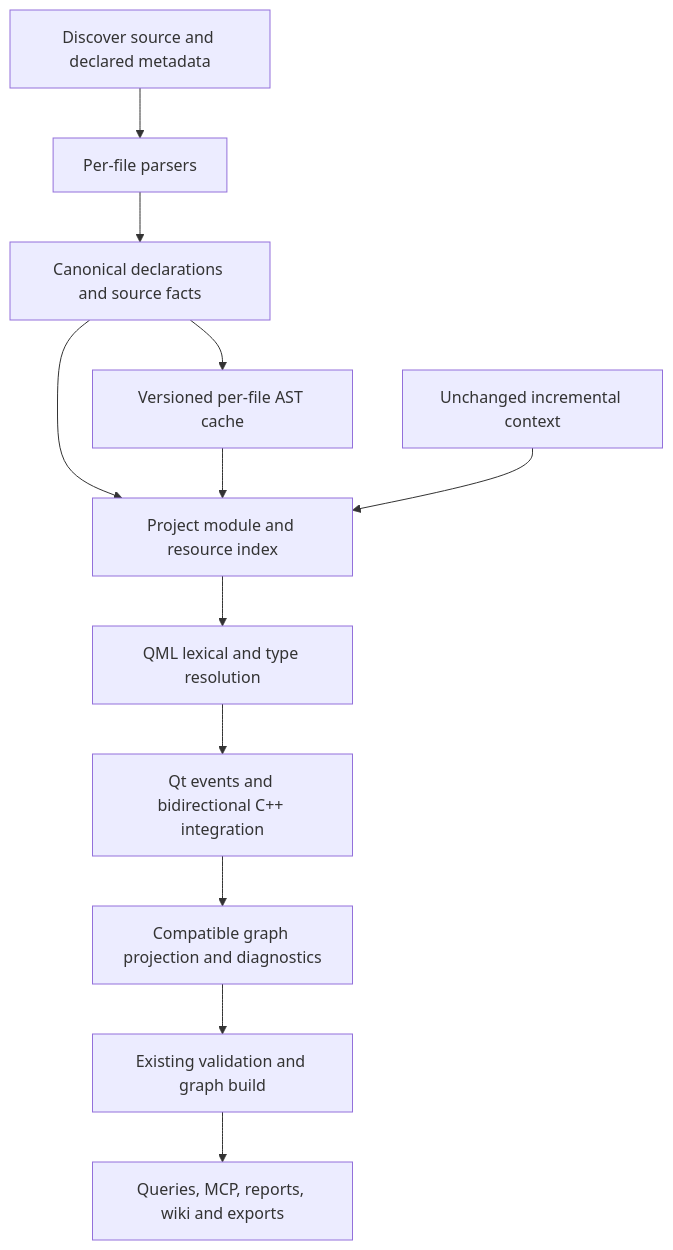
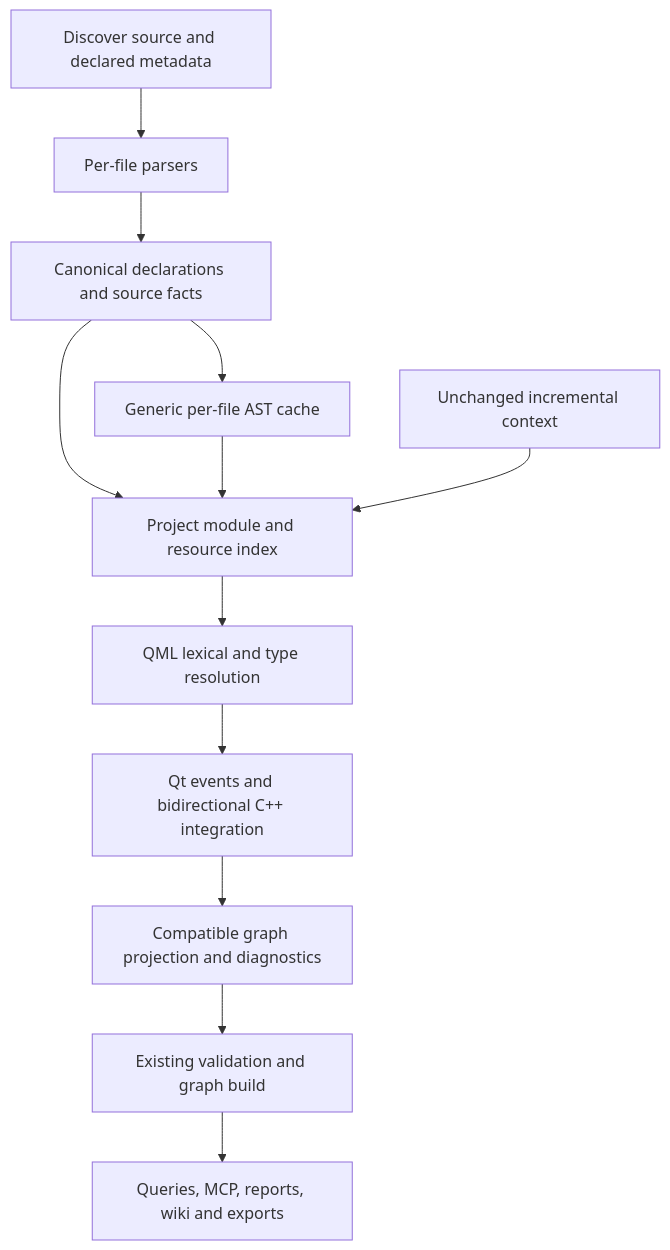
The diagram in docs/qt-qml/ARCHITECTURE.md (Graphify-Labs/graphify), drawn with Mermaid before and after one commit. The commit also changed other lines of this file and 139 other files, not shown here.

First line of the commit message:
feat: preserve Qt/QML facts through graph consumers

````diff
--- a/docs/qt-qml/ARCHITECTURE.md
+++ b/docs/qt-qml/ARCHITECTURE.md
@@ -54,14 +54,14 @@
 ```mermaid
 flowchart TD
     A[Discover source and declared metadata] --> B[Per-file parsers]
     B --> C[Canonical declarations and source facts]
     C --> D[Project module and resource index]
     D --> E[QML lexical and type resolution]
     E --> F[Qt events and bidirectional C++ integration]
     F --> G[Compatible graph projection and diagnostics]
     G --> H[Existing validation and graph build]
     H --> I[Queries, MCP, reports, wiki and exports]
-    C --> J[Versioned per-file AST cache]
+    C --> J[Generic per-file AST cache]
     J --> D
     K[Unchanged incremental context] --> D
 ```
````
